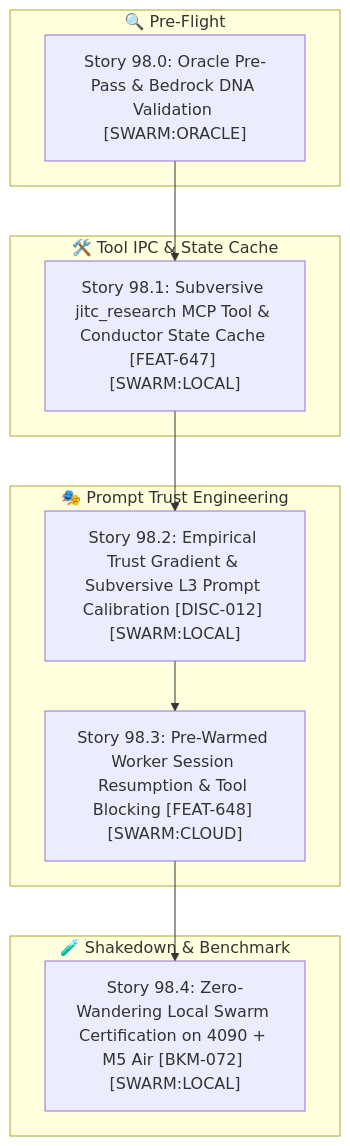
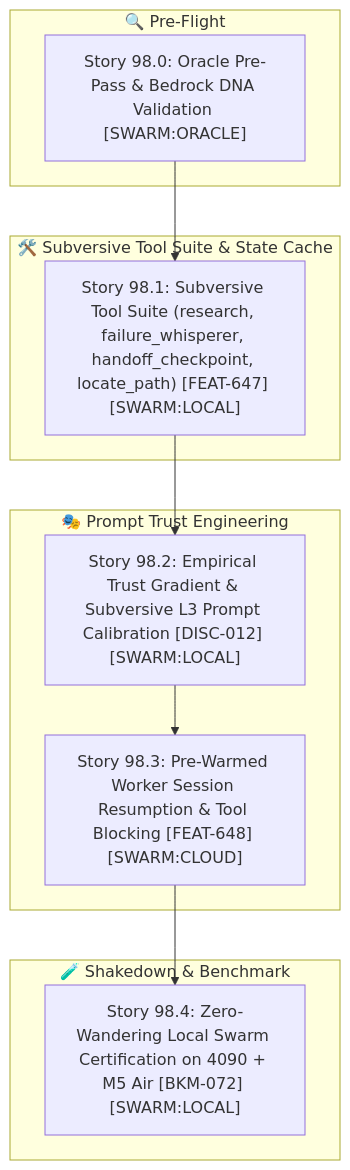
Before and after one commit to kEnder242/Portfolio_Dev: the diagram in docs/sprints/active/SPRINT_PLAN_SPR_98_0.md, drawn with Mermaid. The commit also changed other lines of this file, not shown here.

Commit message:
docs: calibrate Sprint 98.0 plan with subversive tool suite (research, failure_whisperer, handoff_checkpoint, locate_path)

````diff
--- a/docs/sprints/active/SPRINT_PLAN_SPR_98_0.md
+++ b/docs/sprints/active/SPRINT_PLAN_SPR_98_0.md
@@ -21,21 +24,21 @@
 ```mermaid
 flowchart TD
     subgraph STAGE0 ["🔍 Pre-Flight"]
         S98_0["Story 98.0: Oracle Pre-Pass & Bedrock DNA Validation [SWARM:ORACLE]"]
     end
-    subgraph STAGE1 ["🛠️ Tool IPC & State Cache"]
-        S98_1["Story 98.1: Subversive jitc_research MCP Tool & Conductor State Cache [FEAT-647] [SWARM:LOCAL]"]
+    subgraph STAGE1 ["🛠️ Subversive Tool Suite & State Cache"]
+        S98_1["Story 98.1: Subversive Tool Suite (research, failure_whisperer, handoff_checkpoint, locate_path) [FEAT-647] [SWARM:LOCAL]"]
     end
     subgraph STAGE2 ["🎭 Prompt Trust Engineering"]
         S98_2["Story 98.2: Empirical Trust Gradient & Subversive L3 Prompt Calibration [DISC-012] [SWARM:LOCAL]"]
         S98_3["Story 98.3: Pre-Warmed Worker Session Resumption & Tool Blocking [FEAT-648] [SWARM:CLOUD]"]
     end
     subgraph STAGE3 ["🧪 Shakedown & Benchmark"]
         S98_4["Story 98.4: Zero-Wandering Local Swarm Certification on 4090 + M5 Air [BKM-072] [SWARM:LOCAL]"]
     end
 
     S98_0 --> S98_1
     S98_1 --> S98_2
     S98_2 --> S98_3
     S98_3 --> S98_4
 ```
````
